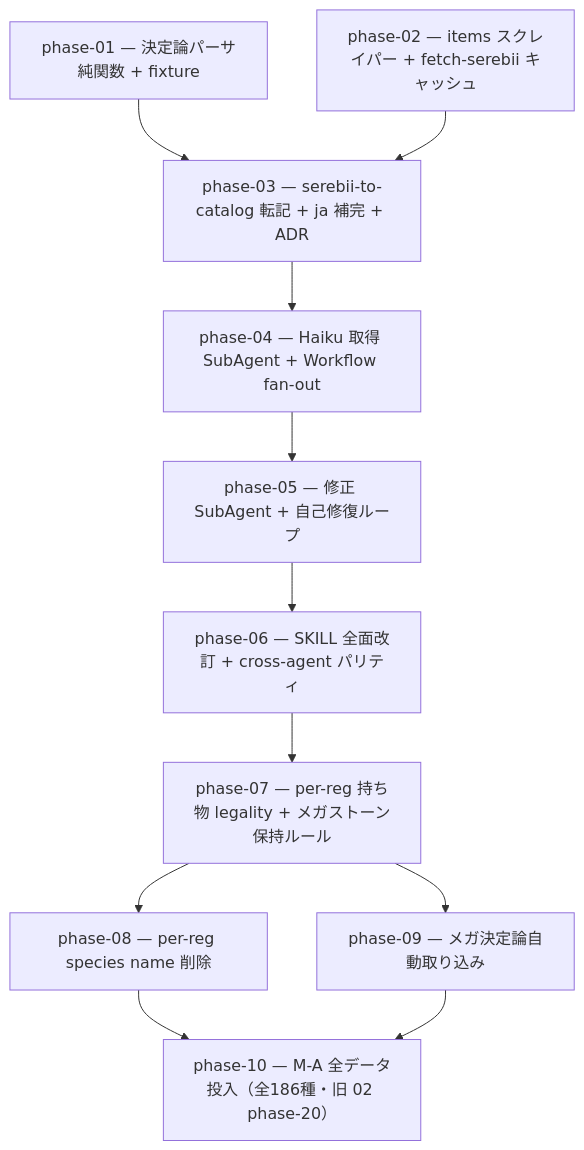
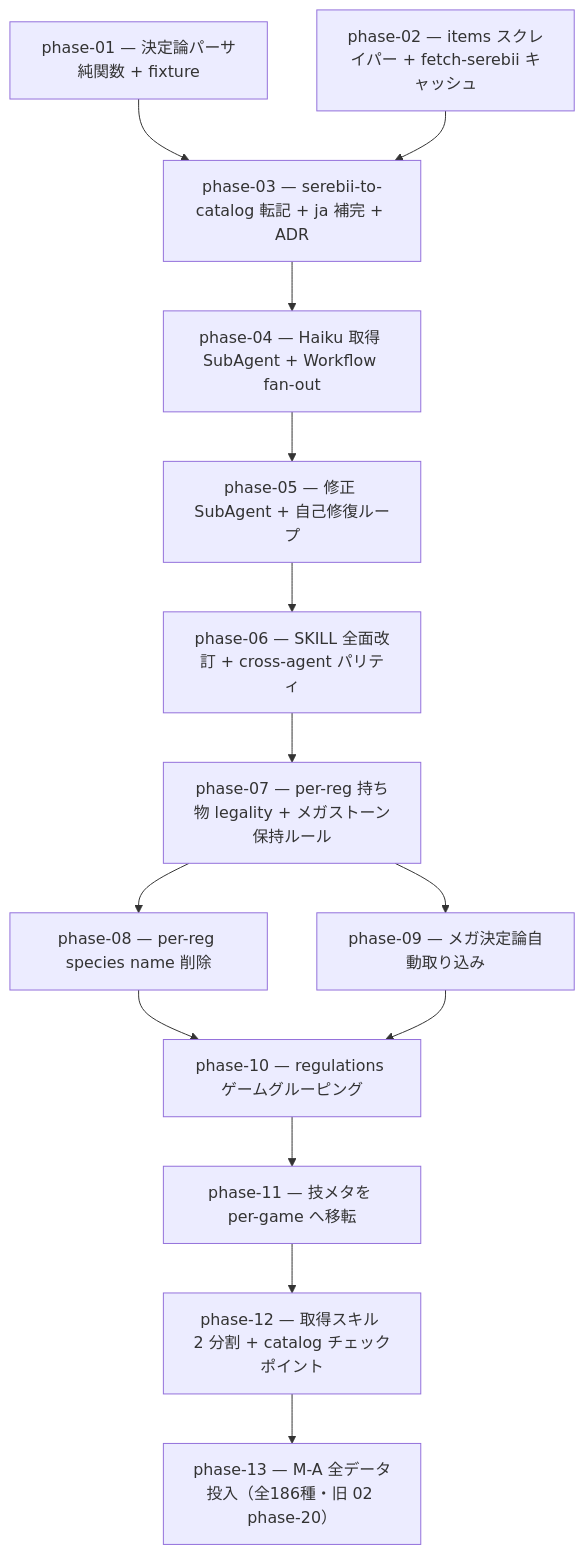
One commit to subroh0508/pokeform changed the diagram in docs/plan/03-survey-regulation-rework/README.md. Above: the diagram before and after it, drawn with Mermaid. The commit also changed other lines of this file and 7 other files, not shown here.

````diff
--- a/docs/plan/03-survey-regulation-rework/README.md
+++ b/docs/plan/03-survey-regulation-rework/README.md
@@ -16,13 +16,16 @@
 ```mermaid
 flowchart TD
     P1[phase-01 — 決定論パーサ純関数 + fixture] --> P3[phase-03 — serebii-to-catalog 転記 + ja 補完 + ADR]
     P2[phase-02 — items スクレイパー + fetch-serebii キャッシュ] --> P3
     P3 --> P4[phase-04 — Haiku 取得 SubAgent + Workflow fan-out]
     P4 --> P5[phase-05 — 修正 SubAgent + 自己修復ループ]
     P5 --> P6[phase-06 — SKILL 全面改訂 + cross-agent パリティ]
     P6 --> P7[phase-07 — per-reg 持ち物 legality + メガストーン保持ルール]
     P7 --> P8[phase-08 — per-reg species name 削除]
     P7 --> P9[phase-09 — メガ決定論自動取り込み]
-    P8 --> P10[phase-10 — M-A 全データ投入（全186種・旧 02 phase-20）]
+    P8 --> P10[phase-10 — regulations ゲームグルーピング]
     P9 --> P10
+    P10 --> P11[phase-11 — 技メタを per-game へ移転]
+    P11 --> P12[phase-12 — 取得スキル 2 分割 + catalog チェックポイント]
+    P12 --> P13[phase-13 — M-A 全データ投入（全186種・旧 02 phase-20）]
 ```
````
